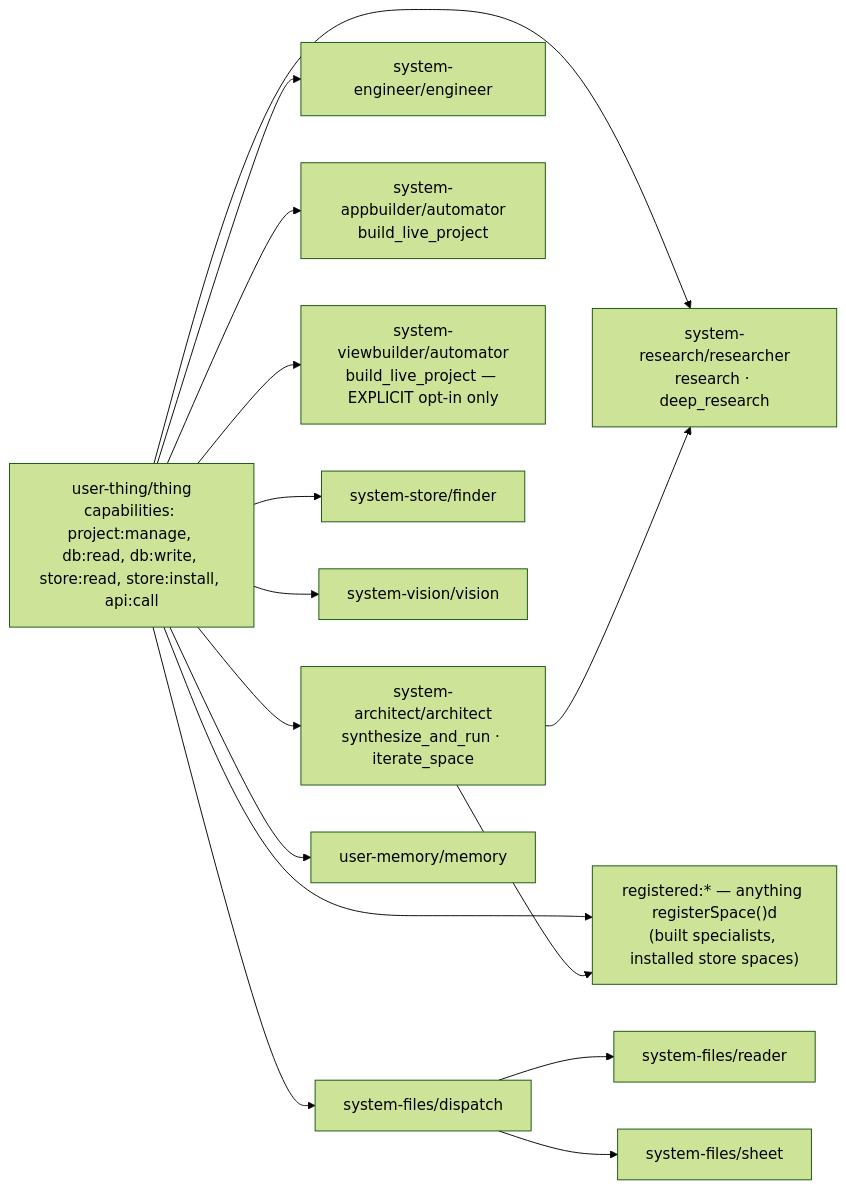
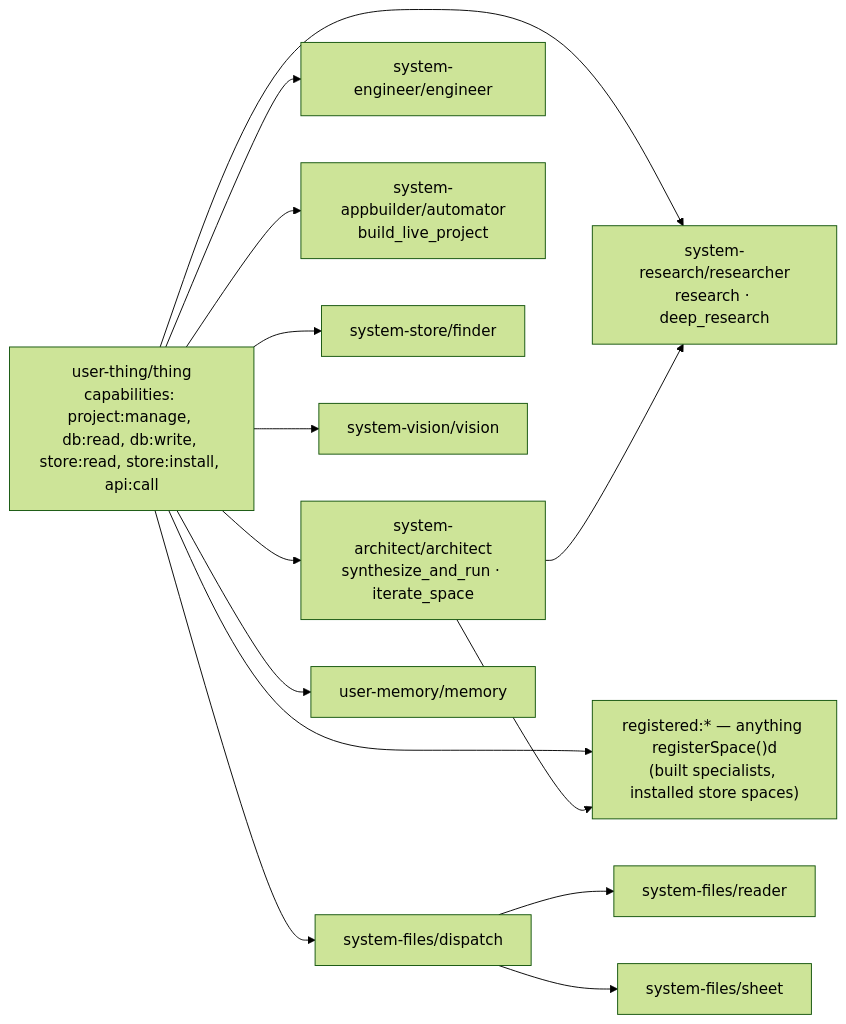
Before and after one commit to lmthing/lmthing: the diagram in org/docs/system-spaces/README.md, drawn with Mermaid (forest theme). The commit also changed other lines of this file and 9 other files, not shown here.

````diff
--- a/org/docs/system-spaces/README.md
+++ b/org/docs/system-spaces/README.md
@@ -129,18 +128,17 @@
 ```mermaid
 flowchart LR
   THING["user-thing/thing<br/>capabilities: project:manage, db:read, db:write, store:read, store:install, api:call"]
   THING --> R["system-research/researcher<br/>research · deep_research"]
   THING --> A["system-architect/architect<br/>synthesize_and_run · iterate_space"]
   THING --> E["system-engineer/engineer"]
   THING --> AU["system-appbuilder/automator<br/>build_live_project"]
-  THING --> VB["system-viewbuilder/automator<br/>build_live_project — EXPLICIT opt-in only"]
   THING --> F["system-store/finder"]
   THING --> V["system-vision/vision"]
   THING --> D["system-files/dispatch"]
   THING --> M["user-memory/memory"]
   THING --> REG["registered:* — anything registerSpace()d<br/>(built specialists, installed store spaces)"]
   D --> RD["system-files/reader"]
   D --> SH["system-files/sheet"]
   A --> R
   A --> REG
 ```
````
